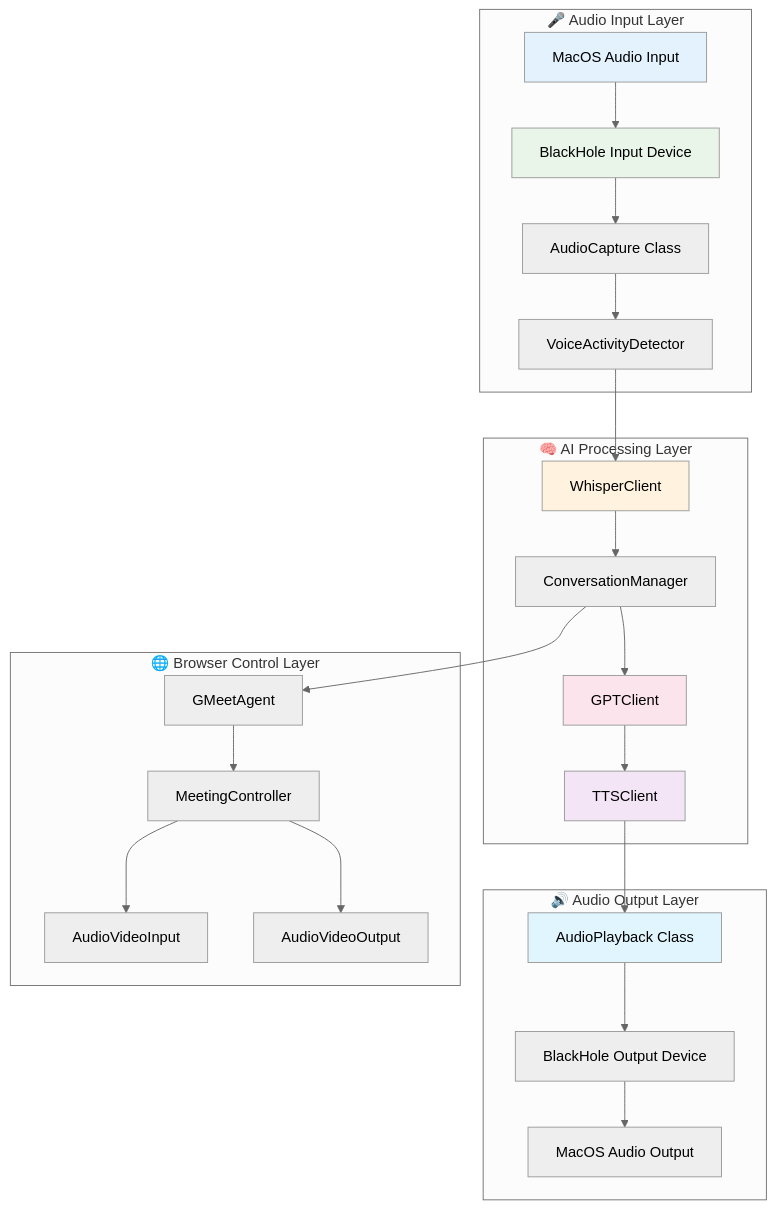
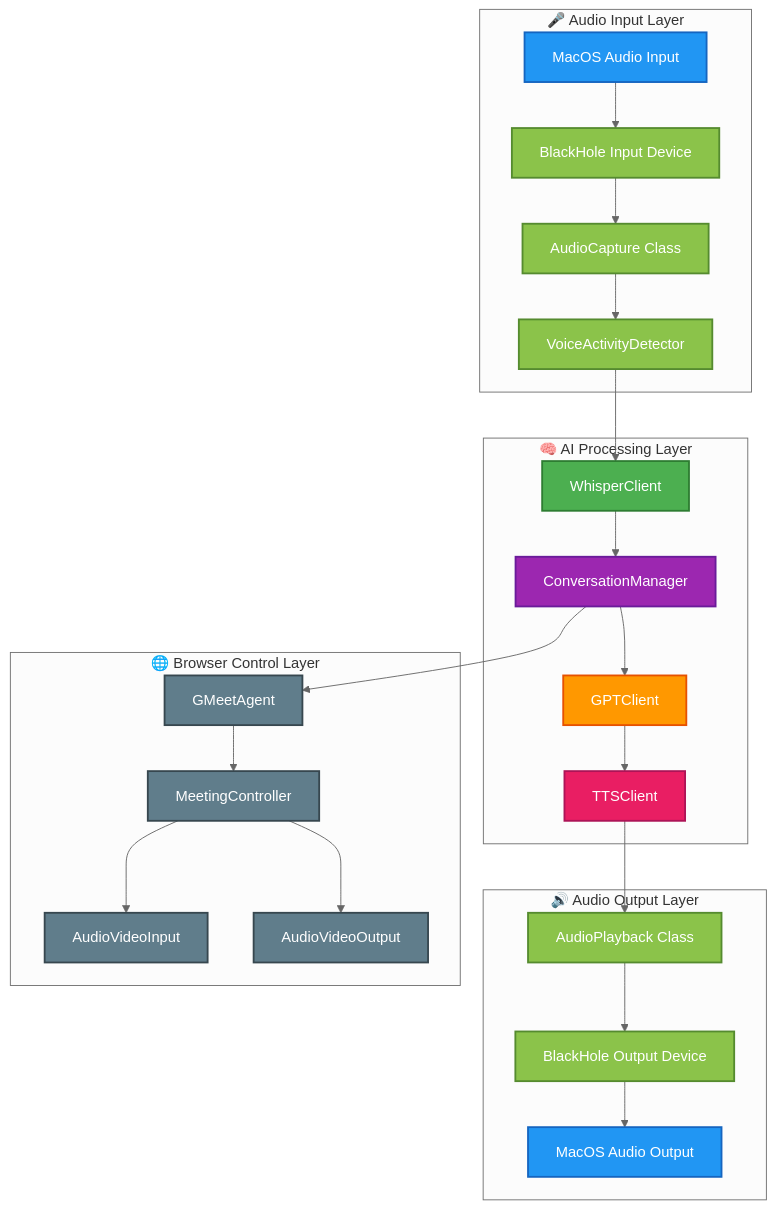
Before and after one commit to Tazril/meet-flow: the second of 3 diagrams in README.md, drawn with Mermaid (neutral theme). The commit also changed other lines of this file, not shown here.

Commit message:
improve mermaid diagram readability and reorganize HLD layout

````diff
--- a/README.md
+++ b/README.md
@@ -96,52 +104,61 @@
 ```mermaid
 graph TB
     subgraph "🎤 Audio Input Layer"
         MI[MacOS Audio Input]
         BHI[BlackHole Input Device]
         AC[AudioCapture Class]
         VAD[VoiceActivityDetector]
     end
     
     subgraph "🧠 AI Processing Layer"
         WC[WhisperClient]
         GC[GPTClient]
         TC[TTSClient]
         CM[ConversationManager]
     end
     
     subgraph "🔊 Audio Output Layer"
         AP[AudioPlayback Class]
         BHO[BlackHole Output Device]
         MO[MacOS Audio Output]
     end
     
     subgraph "🌐 Browser Control Layer"
         GA[GMeetAgent]
         MC[MeetingController]
         AVI[AudioVideoInput]
         AVO[AudioVideoOutput]
     end
     
     MI --> BHI
     BHI --> AC
     AC --> VAD
     VAD --> WC
     WC --> CM
     CM --> GC
     GC --> TC
     TC --> AP
     AP --> BHO
     BHO --> MO
     
     CM --> GA
     GA --> MC
     MC --> AVI
     MC --> AVO
     
-    style MI fill:#e3f2fd
-    style BHI fill:#e8f5e8
-    style WC fill:#fff3e0
-    style GC fill:#fce4ec
-    style TC fill:#f3e5f5
-    style AP fill:#e1f5fe
+    style MI fill:#2196F3,stroke:#1565C0,stroke-width:2px,color:#fff
+    style BHI fill:#8BC34A,stroke:#558B2F,stroke-width:2px,color:#fff
+    style AC fill:#8BC34A,stroke:#558B2F,stroke-width:2px,color:#fff
+    style VAD fill:#8BC34A,stroke:#558B2F,stroke-width:2px,color:#fff
+    style WC fill:#4CAF50,stroke:#2E7D32,stroke-width:2px,color:#fff
+    style GC fill:#FF9800,stroke:#E65100,stroke-width:2px,color:#fff
+    style TC fill:#E91E63,stroke:#AD1457,stroke-width:2px,color:#fff
+    style CM fill:#9C27B0,stroke:#6A1B9A,stroke-width:2px,color:#fff
+    style AP fill:#8BC34A,stroke:#558B2F,stroke-width:2px,color:#fff
+    style BHO fill:#8BC34A,stroke:#558B2F,stroke-width:2px,color:#fff
+    style MO fill:#2196F3,stroke:#1565C0,stroke-width:2px,color:#fff
+    style GA fill:#607D8B,stroke:#37474F,stroke-width:2px,color:#fff
+    style MC fill:#607D8B,stroke:#37474F,stroke-width:2px,color:#fff
+    style AVI fill:#607D8B,stroke:#37474F,stroke-width:2px,color:#fff
+    style AVO fill:#607D8B,stroke:#37474F,stroke-width:2px,color:#fff
 ```
````
